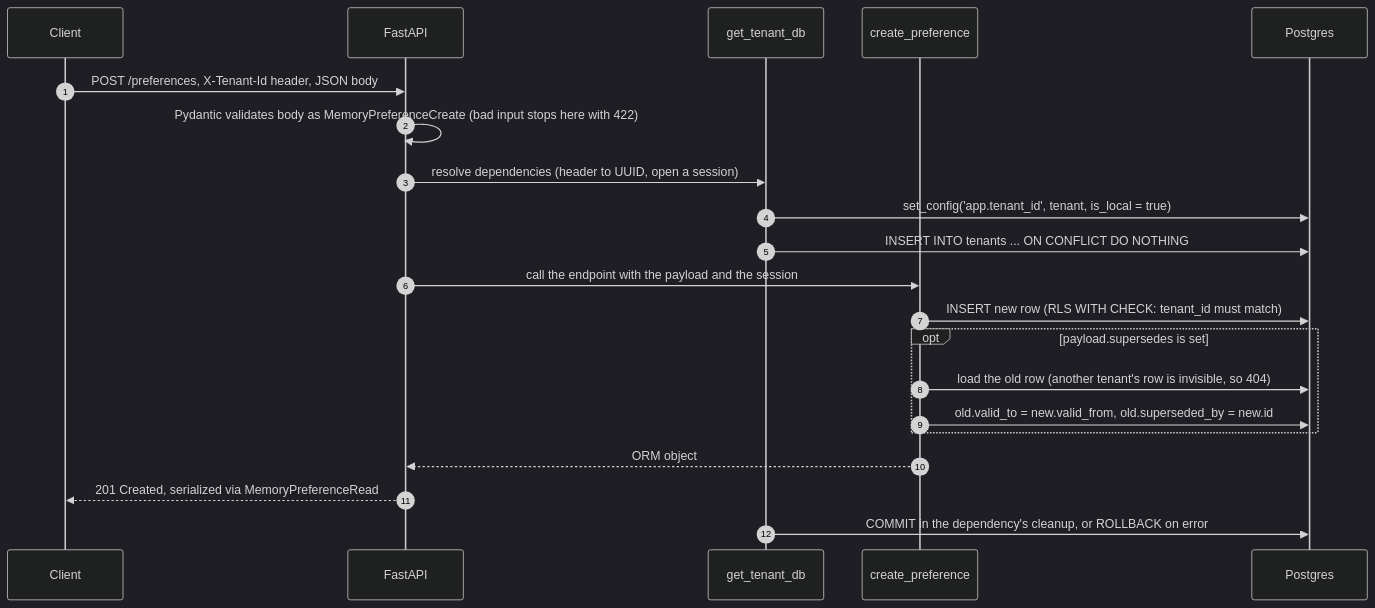
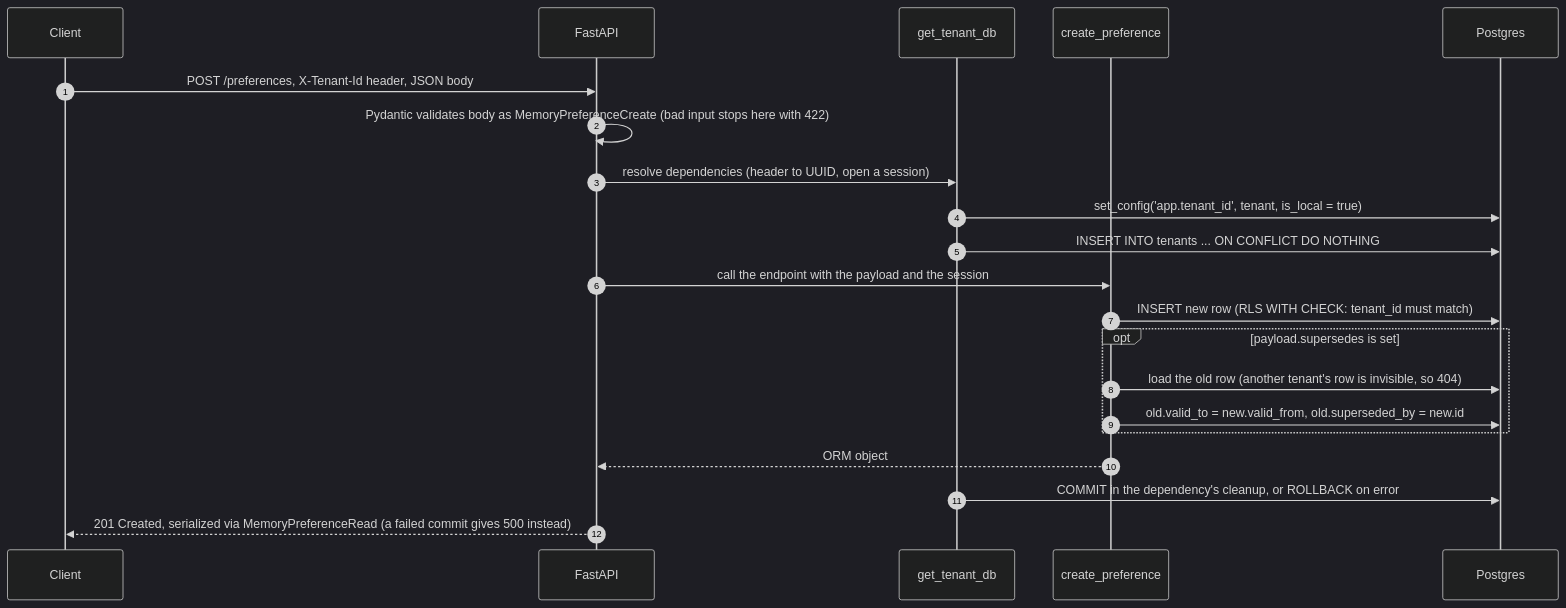
The second of 10 diagrams in README.md (ZiadHendawy/mutable), drawn with Mermaid (dark theme) before and after one commit. The commit also changed other lines of this file, not shown here.

Commit message:
README: reflect the commit-timing fix in the request diagram and known gaps

````diff
--- a/README.md
+++ b/README.md
@@ -130,24 +130,24 @@
 ```mermaid
 sequenceDiagram
     autonumber
     participant C as Client
     participant F as FastAPI
     participant D as get_tenant_db
     participant R as create_preference
     participant PG as Postgres
 
     C->>F: POST /preferences, X-Tenant-Id header, JSON body
     F->>F: Pydantic validates body as MemoryPreferenceCreate (bad input stops here with 422)
     F->>D: resolve dependencies (header to UUID, open a session)
     D->>PG: set_config('app.tenant_id', tenant, is_local = true)
     D->>PG: INSERT INTO tenants ... ON CONFLICT DO NOTHING
     F->>R: call the endpoint with the payload and the session
     R->>PG: INSERT new row (RLS WITH CHECK: tenant_id must match)
     opt payload.supersedes is set
         R->>PG: load the old row (another tenant's row is invisible, so 404)
         R->>PG: old.valid_to = new.valid_from, old.superseded_by = new.id
     end
     R-->>F: ORM object
-    F-->>C: 201 Created, serialized via MemoryPreferenceRead
     D->>PG: COMMIT in the dependency's cleanup, or ROLLBACK on error
+    F-->>C: 201 Created, serialized via MemoryPreferenceRead (a failed commit gives 500 instead)
 ```
````
